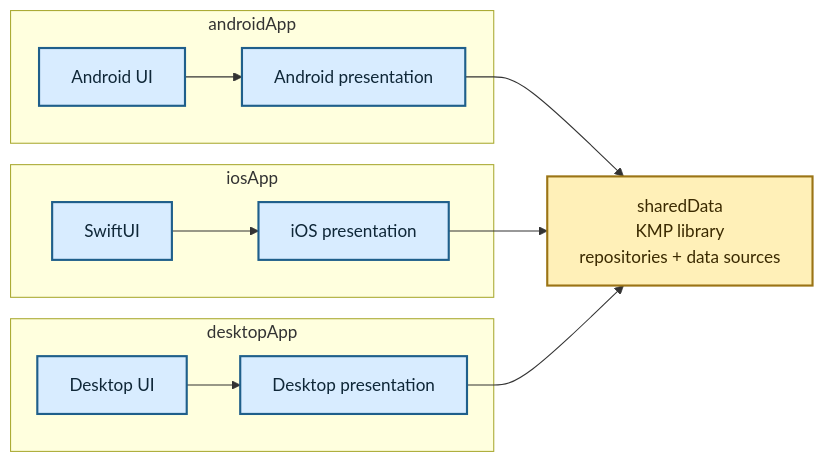
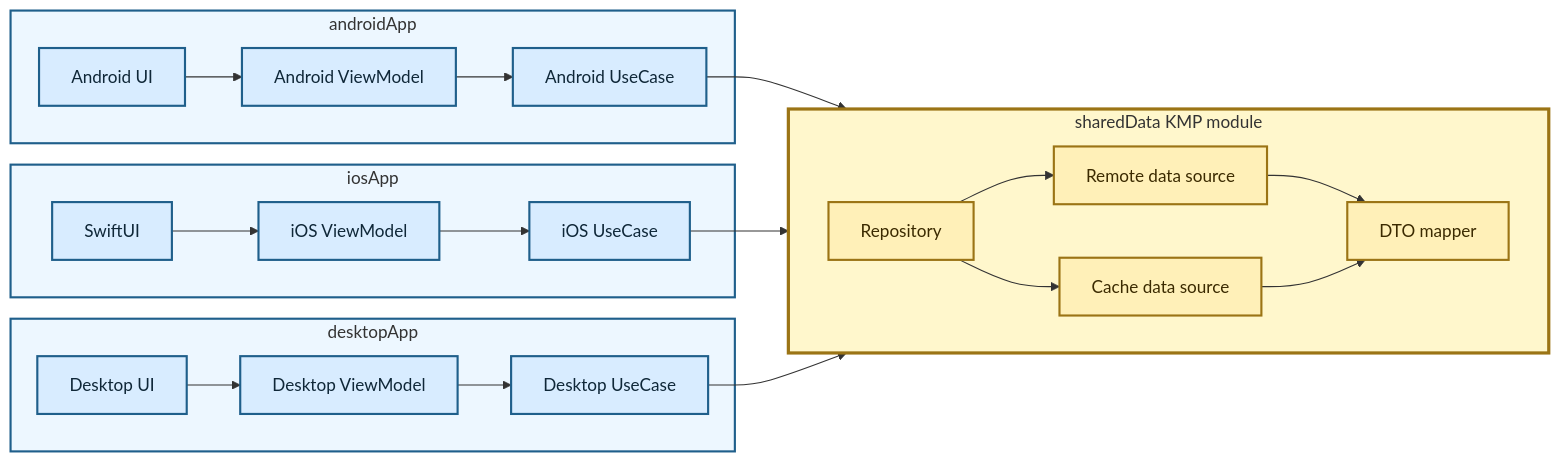
The diagram in diagrams/05-kmp-data-layer.md (TheSetox/kmp-sample-diagrams), drawn with Mermaid before and after one commit. The commit also changed other lines of this file and 18 other files, not shown here.

Commit message:
docs: clarify kmp and native diagram boundaries

````diff
--- a/diagrams/05-kmp-data-layer.md
+++ b/diagrams/05-kmp-data-layer.md
@@ -5,31 +5,48 @@
 ```mermaid
 flowchart LR
-  SharedData["sharedData\nKMP library\nrepositories + data sources"]
-
   subgraph Android["androidApp"]
     AUI["Android UI"]
-    APresentation["Android presentation"]
-    AUI --> APresentation
+    AVM["Android ViewModel"]
+    AUseCase["Android UseCase"]
+    AUI --> AVM --> AUseCase
   end
 
   subgraph IOS["iosApp"]
     IUI["SwiftUI"]
-    IPresentation["iOS presentation"]
-    IUI --> IPresentation
+    IVM["iOS ViewModel"]
+    IUseCase["iOS UseCase"]
+    IUI --> IVM --> IUseCase
   end
 
   subgraph Desktop["desktopApp"]
     DUI["Desktop UI"]
-    DPresentation["Desktop presentation"]
-    DUI --> DPresentation
+    DVM["Desktop ViewModel"]
+    DUseCase["Desktop UseCase"]
+    DUI --> DVM --> DUseCase
   end
 
-  APresentation --> SharedData
-  IPresentation --> SharedData
-  DPresentation --> SharedData
+  subgraph KMP["sharedData KMP module"]
+    direction LR
+    Repository["Repository"]
+    Remote["Remote data source"]
+    Cache["Cache data source"]
+    Mapper["DTO mapper"]
+    Repository --> Remote
+    Repository --> Cache
+    Remote --> Mapper
+    Cache --> Mapper
+  end
+
+  AUseCase --> Repository
+  IUseCase --> Repository
+  DUseCase --> Repository
 
   classDef app fill:#d8ecff,stroke:#1f5f8b,color:#0f2738,stroke-width:2px;
-  classDef shared fill:#fff0b8,stroke:#9b7415,color:#3b2a00,stroke-width:2px;
-  class AUI,APresentation,IUI,IPresentation,DUI,DPresentation app;
-  class SharedData shared;
+  classDef kmp fill:#fff0b8,stroke:#9b7415,color:#3b2a00,stroke-width:2px;
+  class AUI,AVM,AUseCase,IUI,IVM,IUseCase,DUI,DVM,DUseCase app;
+  class Repository,Remote,Cache,Mapper kmp;
+  style Android fill:#edf7ff,stroke:#1f5f8b,stroke-width:2px
+  style IOS fill:#edf7ff,stroke:#1f5f8b,stroke-width:2px
+  style Desktop fill:#edf7ff,stroke:#1f5f8b,stroke-width:2px
+  style KMP fill:#fff7cc,stroke:#9b7415,stroke-width:3px
 ```
````
